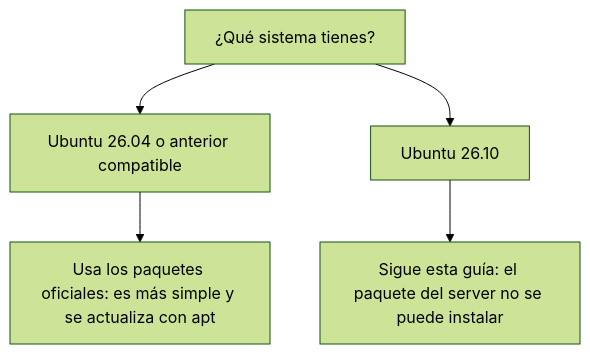
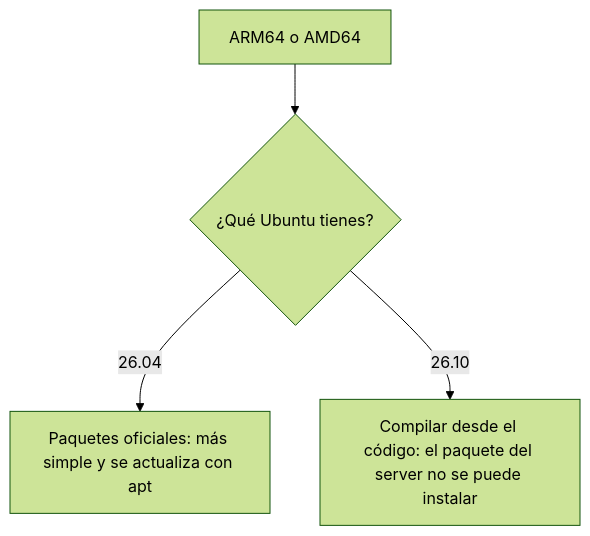
The first of 3 diagrams in README.md (SimonLexRS/Zabbix-8-rc3-Instalacion), drawn with Mermaid (forest theme) before and after one commit. The commit also changed other lines of this file and 8 other files, not shown here.

Commit message:
Cubrir ARM64 y AMD64, con ruta de paquetes y scripts de revision

````diff
--- a/README.md
+++ b/README.md
@@ -17,7 +31,6 @@
 ```mermaid
 flowchart TD
-    A["¿Qué sistema tienes?"] --> B["Ubuntu 26.04 o anterior compatible"]
-    A --> C["Ubuntu 26.10"]
-    B --> D["Usa los paquetes oficiales: es más simple y se actualiza con apt"]
-    C --> E["Sigue esta guía: el paquete del server no se puede instalar"]
+    A["ARM64 o AMD64"] --> B{"¿Qué Ubuntu tienes?"}
+    B -->|"26.04"| C["Paquetes oficiales: más simple y se actualiza con apt"]
+    B -->|"26.10"| D["Compilar desde el código: el paquete del server no se puede instalar"]
 ```
````
